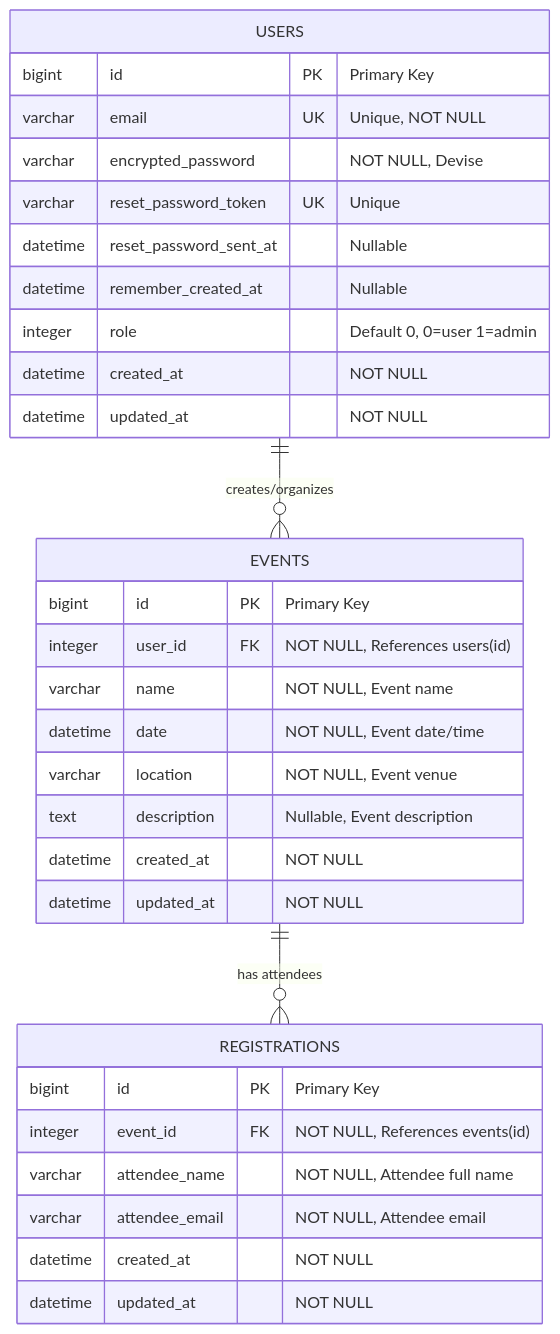
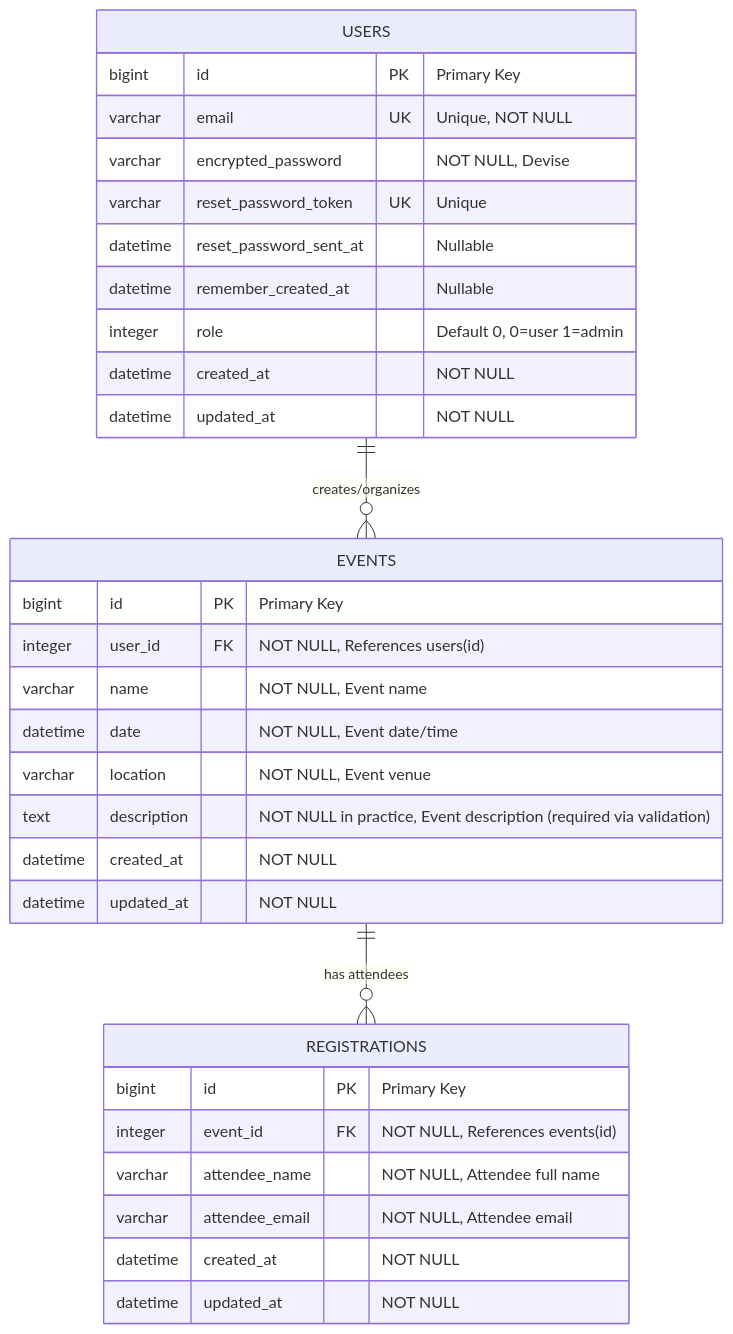
The first of 2 diagrams in ERD_VISUAL.md (yop-dev/rails-events-app), drawn with Mermaid before and after one commit. The commit also changed other lines of this file and 3 other files, not shown here.

````diff
--- a/ERD_VISUAL.md
+++ b/ERD_VISUAL.md
@@ -6,37 +9,37 @@
 ```mermaid
 erDiagram
     USERS {
         bigint id PK "Primary Key"
         varchar email UK "Unique, NOT NULL"
         varchar encrypted_password "NOT NULL, Devise"
         varchar reset_password_token UK "Unique"
         datetime reset_password_sent_at "Nullable"
         datetime remember_created_at "Nullable" 
         integer role "Default 0, 0=user 1=admin"
         datetime created_at "NOT NULL"
         datetime updated_at "NOT NULL"
     }
 
     EVENTS {
         bigint id PK "Primary Key"
         integer user_id FK "NOT NULL, References users(id)"
         varchar name "NOT NULL, Event name"
         datetime date "NOT NULL, Event date/time"
         varchar location "NOT NULL, Event venue"
-        text description "Nullable, Event description"
+        text description "NOT NULL in practice, Event description (required via validation)"
         datetime created_at "NOT NULL"
         datetime updated_at "NOT NULL"
     }
 
     REGISTRATIONS {
         bigint id PK "Primary Key"  
         integer event_id FK "NOT NULL, References events(id)"
         varchar attendee_name "NOT NULL, Attendee full name"
         varchar attendee_email "NOT NULL, Attendee email"
         datetime created_at "NOT NULL"
         datetime updated_at "NOT NULL"
     }
 
     USERS ||--o{ EVENTS : "creates/organizes"
     EVENTS ||--o{ REGISTRATIONS : "has attendees"
 ```
````
